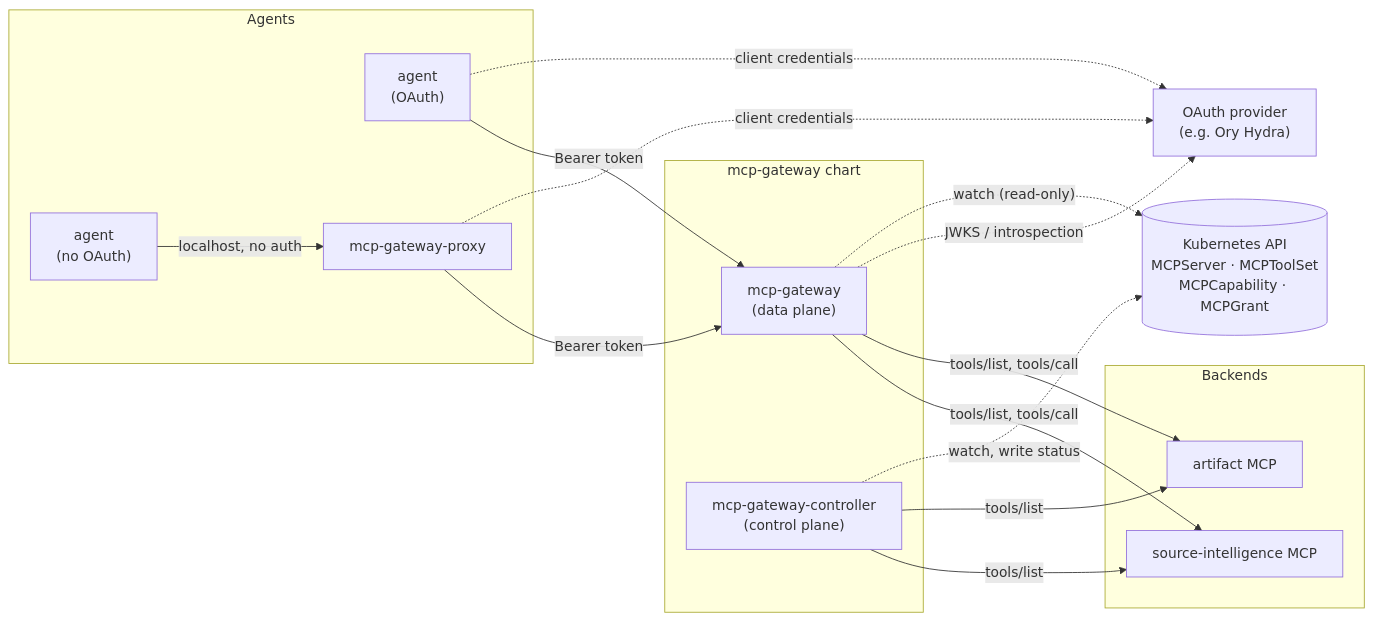
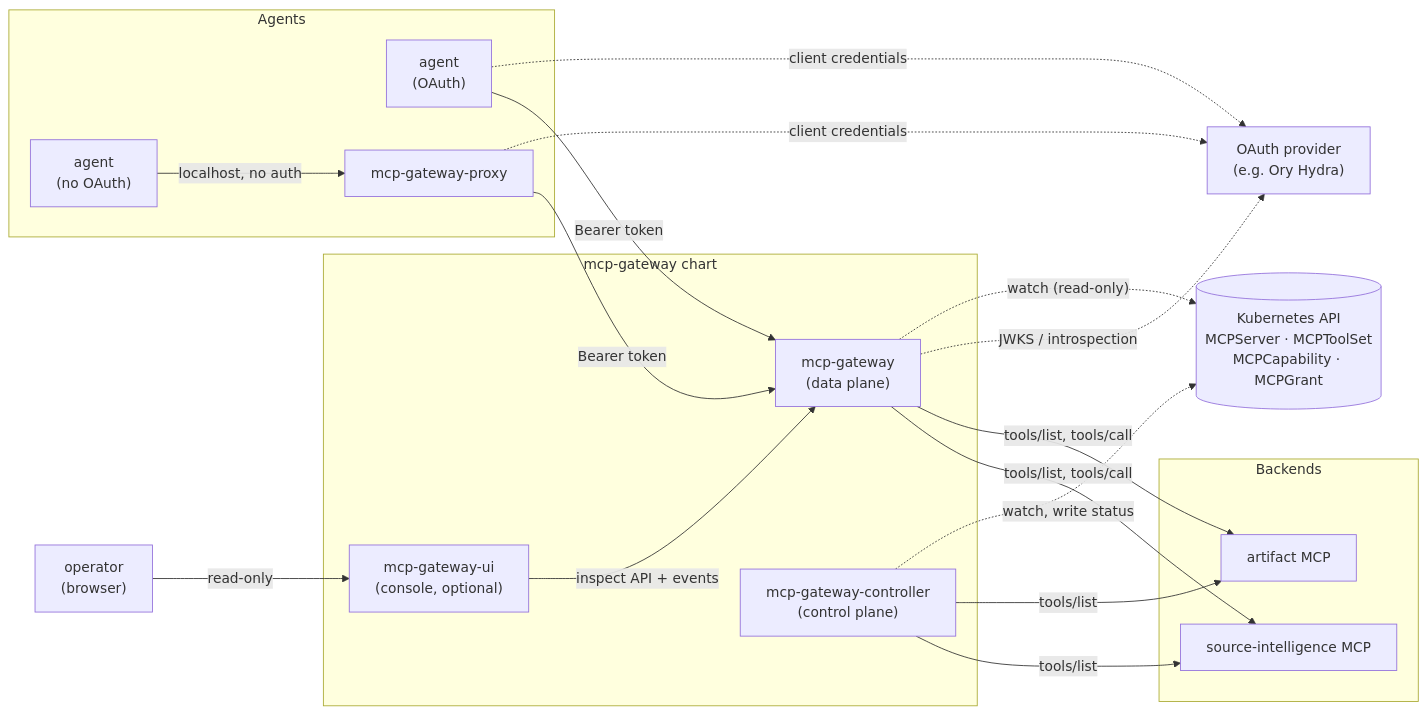
The diagram in README.md (metapatrol/mcp-gateway), drawn with Mermaid before and after one commit. The commit also changed other lines of this file and 3 other files, not shown here.

First line of the commit message:
docs: describe the console and the data flows

````diff
--- a/README.md
+++ b/README.md
@@ -17,36 +17,42 @@
 ```mermaid
 graph LR
     subgraph Agents
         A1["agent<br/>(OAuth)"]
         A2["agent<br/>(no OAuth)"]
         P["mcp-gateway-proxy"]
     end
 
     subgraph "mcp-gateway chart"
         GW["mcp-gateway<br/>(data plane)"]
         CT["mcp-gateway-controller<br/>(control plane)"]
+        UI["mcp-gateway-ui<br/>(console, optional)"]
     end
+
+    OP["operator<br/>(browser)"]
 
     subgraph Backends
         SI["source-intelligence MCP"]
         AR["artifact MCP"]
     end
 
     IDP["OAuth provider<br/>(e.g. Ory Hydra)"]
     K8S[("Kubernetes API<br/>MCPServer · MCPToolSet<br/>MCPCapability · MCPGrant")]
 
     A1 -->|"Bearer token"| GW
     A2 -->|"localhost, no auth"| P
     P -->|"Bearer token"| GW
     A1 -.->|"client credentials"| IDP
     P -.->|"client credentials"| IDP
 
     GW -->|"tools/list, tools/call"| SI
     GW -->|"tools/list, tools/call"| AR
     GW -.->|"JWKS / introspection"| IDP
     GW -.->|"watch (read-only)"| K8S
 
     CT -->|"tools/list"| SI
     CT -->|"tools/list"| AR
     CT -.->|"watch, write status"| K8S
+
+    OP -->|"read-only"| UI
+    UI -->|"inspect API + events"| GW
 ```
````
